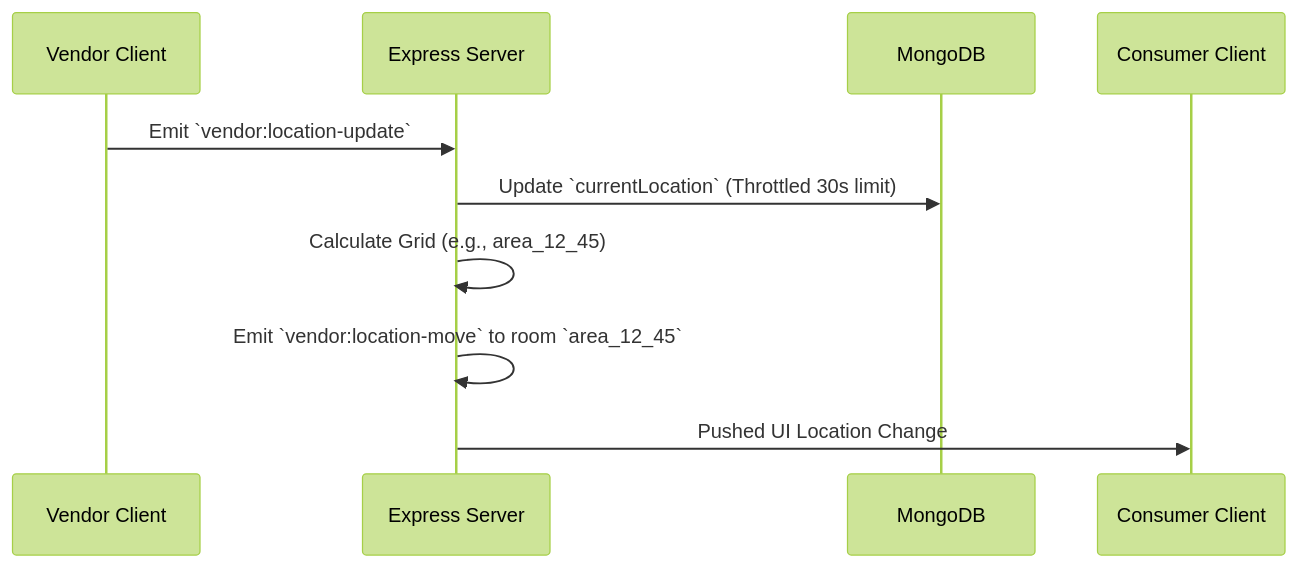
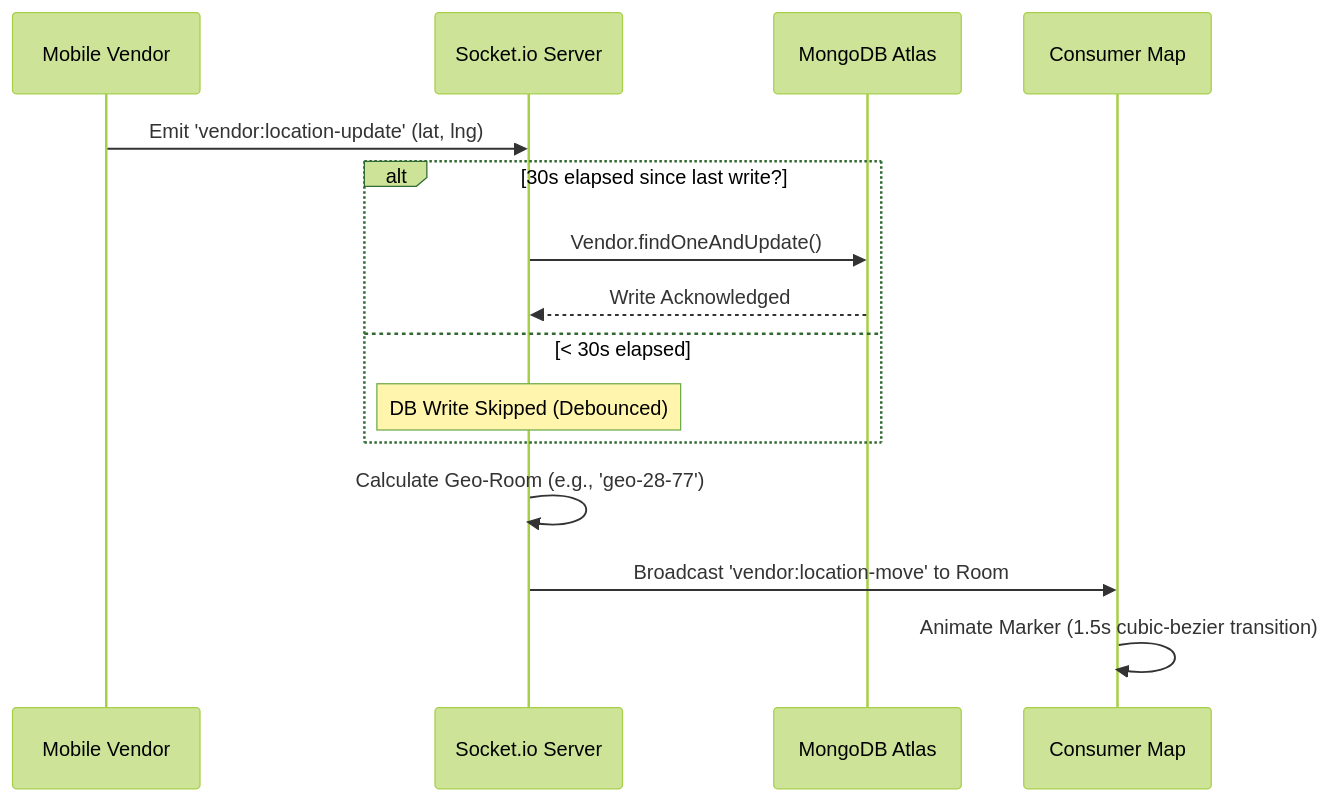
The second of 2 diagrams in README.md (vinay-vk-kumar/veggiemap-dev), drawn with Mermaid (forest theme) before and after one commit. The commit also changed other lines of this file and 3 other files, not shown here.

````diff
--- a/README.md
+++ b/README.md
@@ -49,13 +64,20 @@
 ```mermaid
 sequenceDiagram
-    participant Vendor Client
-    participant Express Server
-    participant MongoDB
-    participant Consumer Client
+    participant Mobile Vendor
+    participant Socket.io Server
+    participant MongoDB Atlas
+    participant Consumer Map
 
-    Vendor Client->>Express Server: Emit `vendor:location-update`
-    Express Server->>MongoDB: Update `currentLocation` (Throttled 30s limit)
-    Express Server->>Express Server: Calculate Grid (e.g., area_12_45)
-    Express Server->>Express Server: Emit `vendor:location-move` to room `area_12_45`
-    Express Server->>Consumer Client: Pushed UI Location Change
+    Mobile Vendor->>Socket.io Server: Emit 'vendor:location-update' (lat, lng)
+    
+    alt 30s elapsed since last write?
+        Socket.io Server->>MongoDB Atlas: Vendor.findOneAndUpdate()
+        MongoDB Atlas-->>Socket.io Server: Write Acknowledged
+    else < 30s elapsed
+        Note over Socket.io Server: DB Write Skipped (Debounced)
+    end
+    
+    Socket.io Server->>Socket.io Server: Calculate Geo-Room (e.g., 'geo-28-77')
+    Socket.io Server->>Consumer Map: Broadcast 'vendor:location-move' to Room
+    Consumer Map->>Consumer Map: Animate Marker (1.5s cubic-bezier transition)
 ```
````
